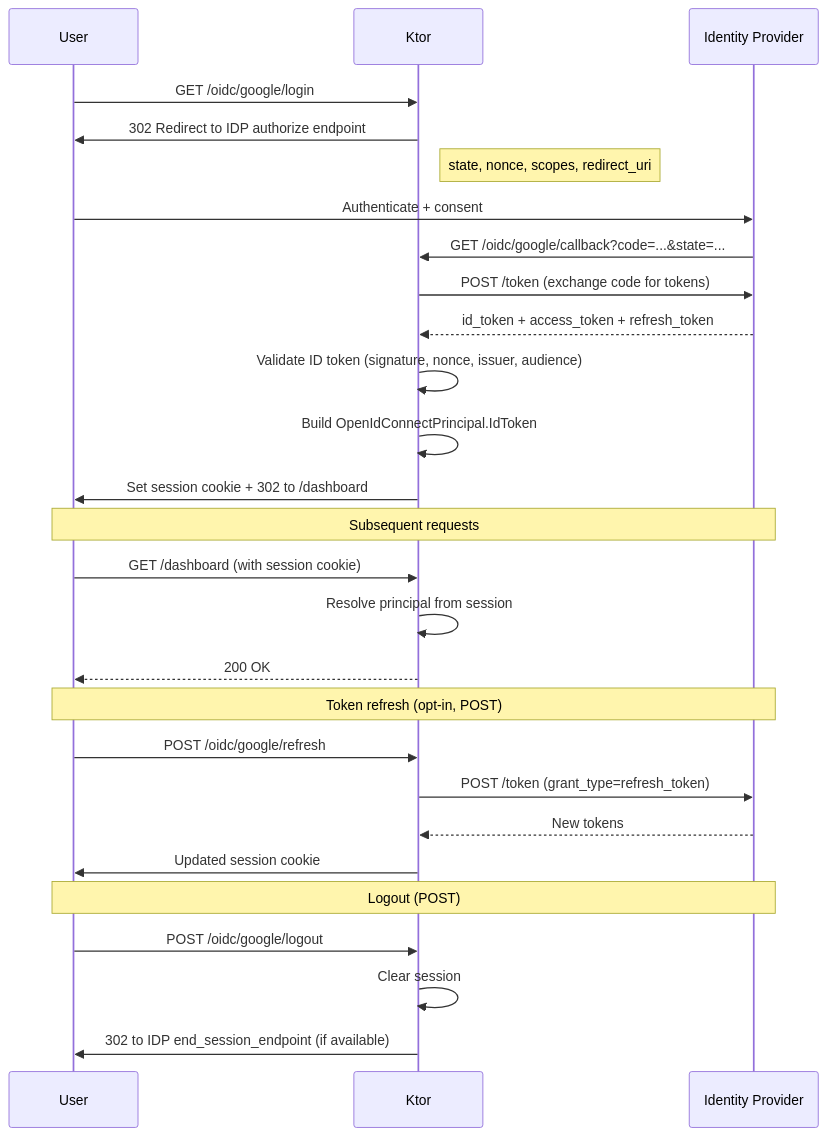
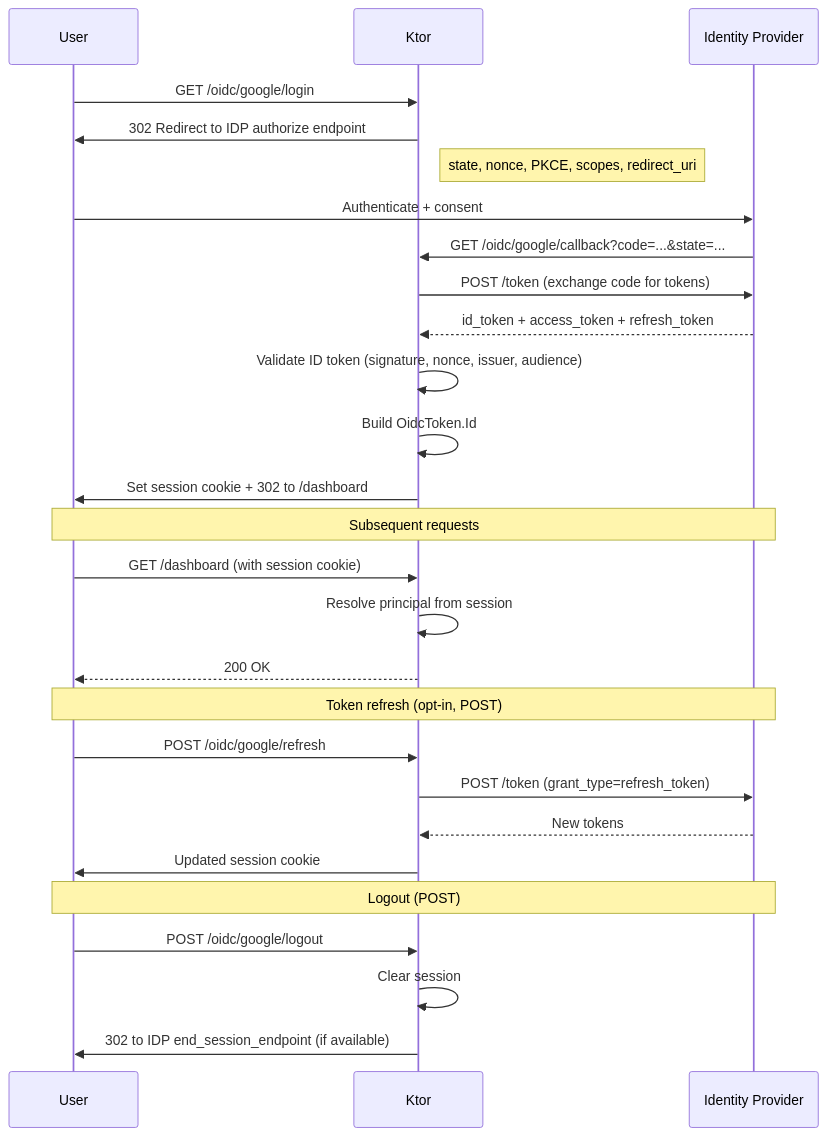
One commit to ktorio/ktor-klip changed the second of 2 diagrams in proposals/0007-openid-connect-auth-3.5.md. Above: the diagram before and after it, drawn with Mermaid. The commit also changed other lines of this file, not shown here.

````diff
--- a/proposals/0007-openid-connect-auth-3.5.md
+++ b/proposals/0007-openid-connect-auth-3.5.md
@@ -227,33 +272,29 @@
 ```mermaid
 sequenceDiagram
     participant User
     participant Ktor
     participant IDP as Identity Provider
-
-    User->>Ktor: GET /oidc/google/login
-    Ktor->>User: 302 Redirect to IDP authorize endpoint
-    Note right of Ktor: state, nonce, scopes, redirect_uri
-    User->>IDP: Authenticate + consent
-    IDP->>Ktor: GET /oidc/google/callback?code=...&state=...
-    Ktor->>IDP: POST /token (exchange code for tokens)
-    IDP-->>Ktor: id_token + access_token + refresh_token
-    Ktor->>Ktor: Validate ID token (signature, nonce, issuer, audience)
-    Ktor->>Ktor: Build OpenIdConnectPrincipal.IdToken
-    Ktor->>User: Set session cookie + 302 to /dashboard
-
-    Note over User,IDP: Subsequent requests
-    User->>Ktor: GET /dashboard (with session cookie)
-    Ktor->>Ktor: Resolve principal from session
-    Ktor-->>User: 200 OK
-
-    Note over User,IDP: Token refresh (opt-in, POST)
-    User->>Ktor: POST /oidc/google/refresh
-    Ktor->>IDP: POST /token (grant_type=refresh_token)
-    IDP-->>Ktor: New tokens
-    Ktor->>User: Updated session cookie
-
-    Note over User,IDP: Logout (POST)
-    User->>Ktor: POST /oidc/google/logout
-    Ktor->>Ktor: Clear session
-    Ktor->>User: 302 to IDP end_session_endpoint (if available)
+    User ->> Ktor: GET /oidc/google/login
+    Ktor ->> User: 302 Redirect to IDP authorize endpoint
+    Note right of Ktor: state, nonce, PKCE, scopes, redirect_uri
+    User ->> IDP: Authenticate + consent
+    IDP ->> Ktor: GET /oidc/google/callback?code=...&state=...
+    Ktor ->> IDP: POST /token (exchange code for tokens)
+    IDP -->> Ktor: id_token + access_token + refresh_token
+    Ktor ->> Ktor: Validate ID token (signature, nonce, issuer, audience)
+    Ktor ->> Ktor: Build OidcToken.Id
+    Ktor ->> User: Set session cookie + 302 to /dashboard
+    Note over User, IDP: Subsequent requests
+    User ->> Ktor: GET /dashboard (with session cookie)
+    Ktor ->> Ktor: Resolve principal from session
+    Ktor -->> User: 200 OK
+    Note over User, IDP: Token refresh (opt-in, POST)
+    User ->> Ktor: POST /oidc/google/refresh
+    Ktor ->> IDP: POST /token (grant_type=refresh_token)
+    IDP -->> Ktor: New tokens
+    Ktor ->> User: Updated session cookie
+    Note over User, IDP: Logout (POST)
+    User ->> Ktor: POST /oidc/google/logout
+    Ktor ->> Ktor: Clear session
+    Ktor ->> User: 302 to IDP end_session_endpoint (if available)
 ```
````
